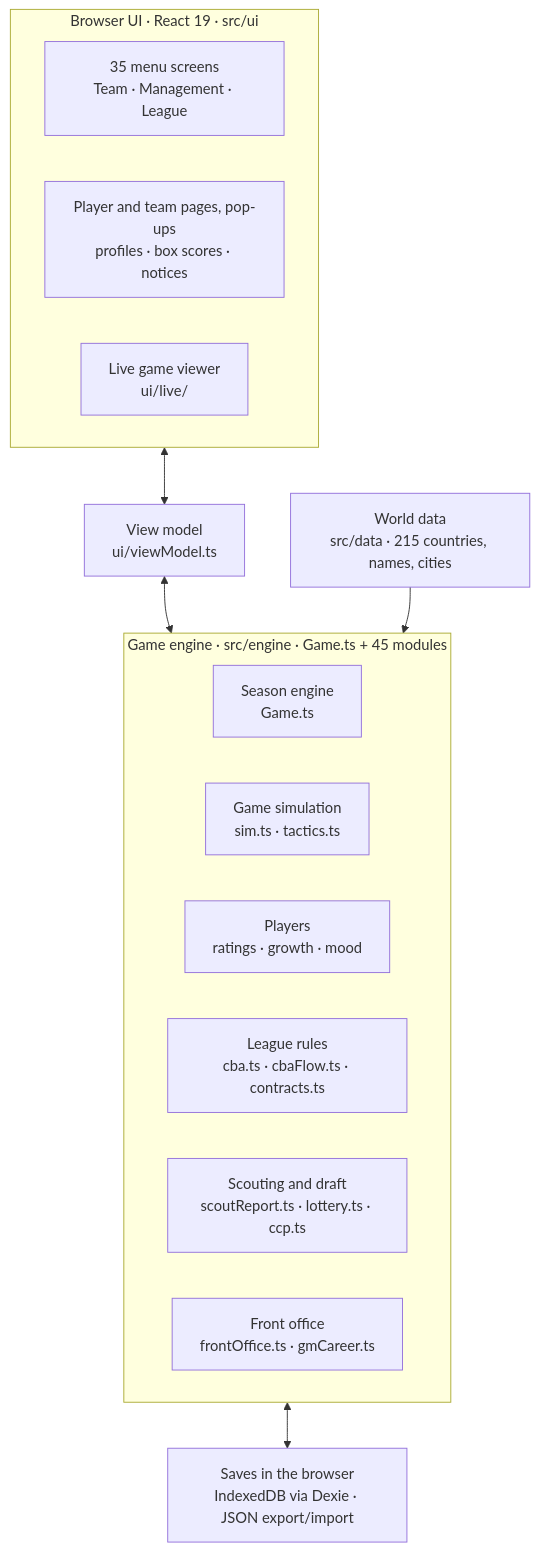
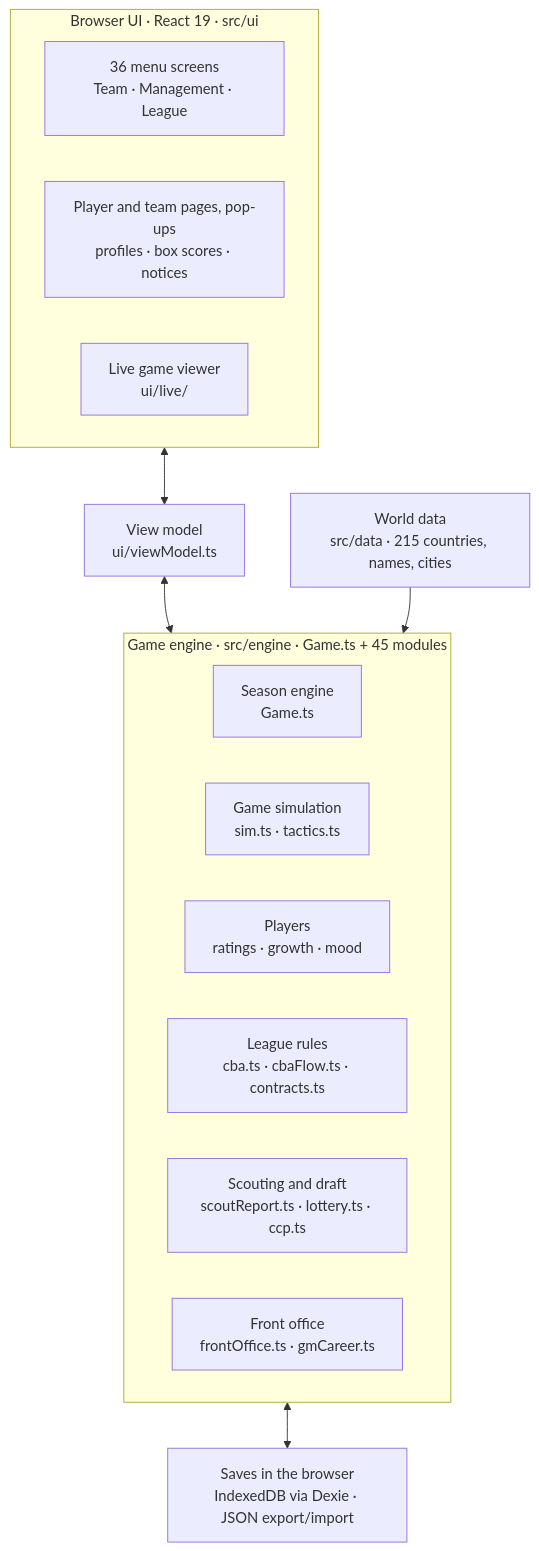
One commit to swagman1337qq/basketball changed the first of 2 diagrams in docs/FEATURE_MAP.md. Above: the diagram before and after it, drawn with Mermaid. The commit also changed other lines of this file and 8 other files, not shown here.

````diff
--- a/docs/FEATURE_MAP.md
+++ b/docs/FEATURE_MAP.md
@@ -15,23 +15,23 @@
 ```mermaid
 flowchart TD
   subgraph UI["Browser UI · React 19 · src/ui"]
-    Screens["35 menu screens<br/>Team · Management · League"]
+    Screens["36 menu screens<br/>Team · Management · League"]
     Pages["Player and team pages, pop-ups<br/>profiles · box scores · notices"]
     Live["Live game viewer<br/>ui/live/"]
   end
   VM["View model<br/>ui/viewModel.ts"]
   subgraph Engine["Game engine · src/engine · Game.ts + 45 modules"]
     Season["Season engine<br/>Game.ts"]
     Sim["Game simulation<br/>sim.ts · tactics.ts"]
     Players["Players<br/>ratings · growth · mood"]
     Rules["League rules<br/>cba.ts · cbaFlow.ts · contracts.ts"]
     Scout["Scouting and draft<br/>scoutReport.ts · lottery.ts · ccp.ts"]
     FO["Front office<br/>frontOffice.ts · gmCareer.ts"]
   end
   Data["World data<br/>src/data · 215 countries, names, cities"]
   Saves["Saves in the browser<br/>IndexedDB via Dexie · JSON export/import"]
   UI <--> VM
   VM <--> Engine
   Data --> Engine
   Engine <--> Saves
 ```
````
